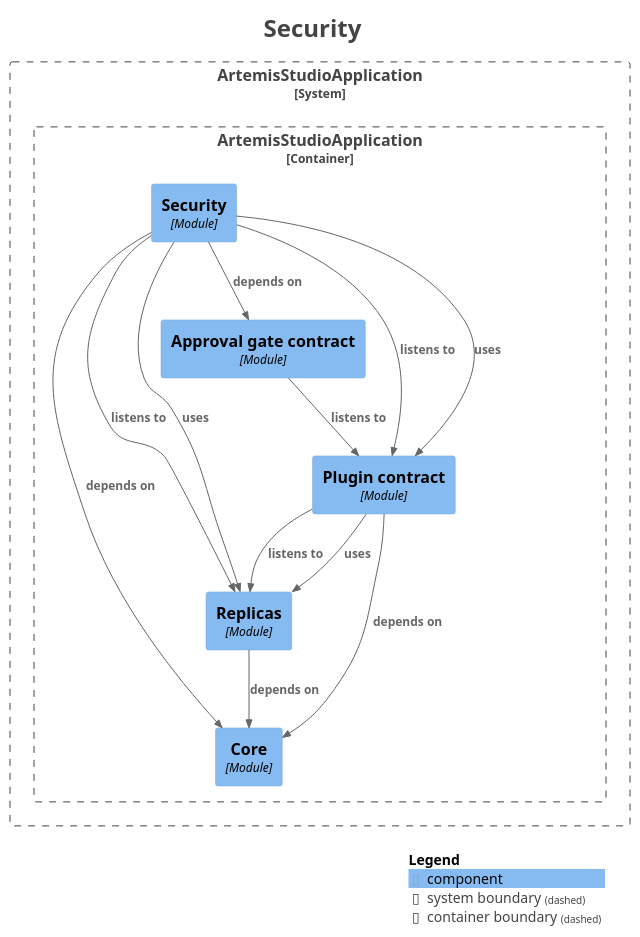
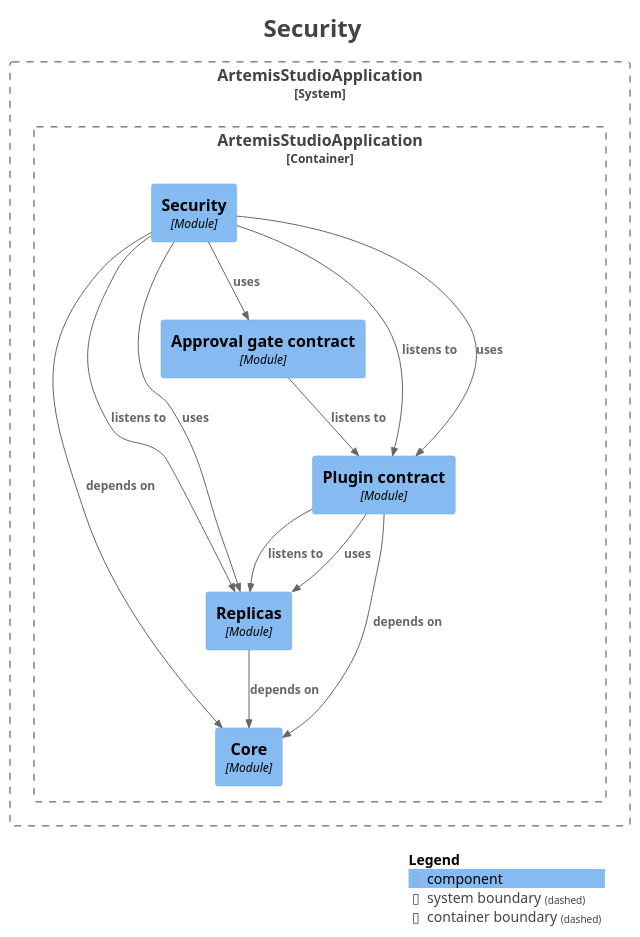
One commit to sudoitir/artemis-studio changed the diagram in docs/modules/module-kernel.security.puml. Above: the diagram before and after it, drawn with PlantUML. The commit also changed 6 other files, not shown here.

Commit message:
docs(modules): regenerate the module diagrams for the gated access services

```diff
--- a/docs/modules/module-kernel.security.puml
+++ b/docs/modules/module-kernel.security.puml
@@ -1,43 +1,43 @@
 @startuml
 title <size:24>Security</size>
 
 set separator none
 top to bottom direction
 
 <style>
   root {
     BackgroundColor: #ffffff
     FontColor: #444444
   }
 </style>
 
 !include <C4/C4>
 !include <C4/C4_Context>
 !include <C4/C4_Component>
 
 System_Boundary("ArtemisStudioApplication_boundary", "ArtemisStudioApplication", $tags="") {
   Container_Boundary("ArtemisStudioApplication.ArtemisStudioApplication_boundary", "ArtemisStudioApplication", $tags="") {
     Component(ArtemisStudioApplication.ArtemisStudioApplication.Approvalgatecontract, "Approval gate contract", $techn="Module", $descr="", $tags="", $link="")
     Component(ArtemisStudioApplication.ArtemisStudioApplication.Core, "Core", $techn="Module", $descr="", $tags="", $link="")
     Component(ArtemisStudioApplication.ArtemisStudioApplication.Plugincontract, "Plugin contract", $techn="Module", $descr="", $tags="", $link="")
     Component(ArtemisStudioApplication.ArtemisStudioApplication.Replicas, "Replicas", $techn="Module", $descr="", $tags="", $link="")
     Component(ArtemisStudioApplication.ArtemisStudioApplication.Security, "Security", $techn="Module", $descr="", $tags="", $link="")
   }
 
 }
 
 Rel(ArtemisStudioApplication.ArtemisStudioApplication.Approvalgatecontract, ArtemisStudioApplication.ArtemisStudioApplication.Plugincontract, "listens to", $techn="", $tags="", $link="")
 Rel(ArtemisStudioApplication.ArtemisStudioApplication.Plugincontract, ArtemisStudioApplication.ArtemisStudioApplication.Core, "depends on", $techn="", $tags="", $link="")
 Rel(ArtemisStudioApplication.ArtemisStudioApplication.Plugincontract, ArtemisStudioApplication.ArtemisStudioApplication.Replicas, "listens to", $techn="", $tags="", $link="")
 Rel(ArtemisStudioApplication.ArtemisStudioApplication.Plugincontract, ArtemisStudioApplication.ArtemisStudioApplication.Replicas, "uses", $techn="", $tags="", $link="")
 Rel(ArtemisStudioApplication.ArtemisStudioApplication.Replicas, ArtemisStudioApplication.ArtemisStudioApplication.Core, "depends on", $techn="", $tags="", $link="")
-Rel(ArtemisStudioApplication.ArtemisStudioApplication.Security, ArtemisStudioApplication.ArtemisStudioApplication.Approvalgatecontract, "depends on", $techn="", $tags="", $link="")
+Rel(ArtemisStudioApplication.ArtemisStudioApplication.Security, ArtemisStudioApplication.ArtemisStudioApplication.Approvalgatecontract, "uses", $techn="", $tags="", $link="")
 Rel(ArtemisStudioApplication.ArtemisStudioApplication.Security, ArtemisStudioApplication.ArtemisStudioApplication.Core, "depends on", $techn="", $tags="", $link="")
 Rel(ArtemisStudioApplication.ArtemisStudioApplication.Security, ArtemisStudioApplication.ArtemisStudioApplication.Plugincontract, "listens to", $techn="", $tags="", $link="")
 Rel(ArtemisStudioApplication.ArtemisStudioApplication.Security, ArtemisStudioApplication.ArtemisStudioApplication.Plugincontract, "uses", $techn="", $tags="", $link="")
 Rel(ArtemisStudioApplication.ArtemisStudioApplication.Security, ArtemisStudioApplication.ArtemisStudioApplication.Replicas, "listens to", $techn="", $tags="", $link="")
 Rel(ArtemisStudioApplication.ArtemisStudioApplication.Security, ArtemisStudioApplication.ArtemisStudioApplication.Replicas, "uses", $techn="", $tags="", $link="")
 
 SHOW_LEGEND(true)
 hide stereotypes
 @enduml
```
